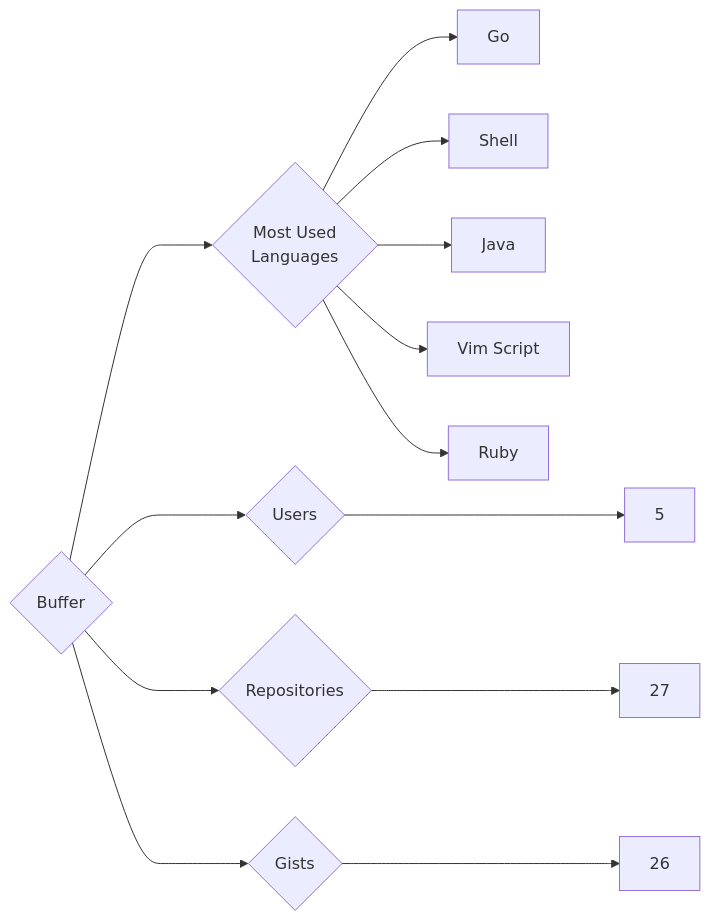
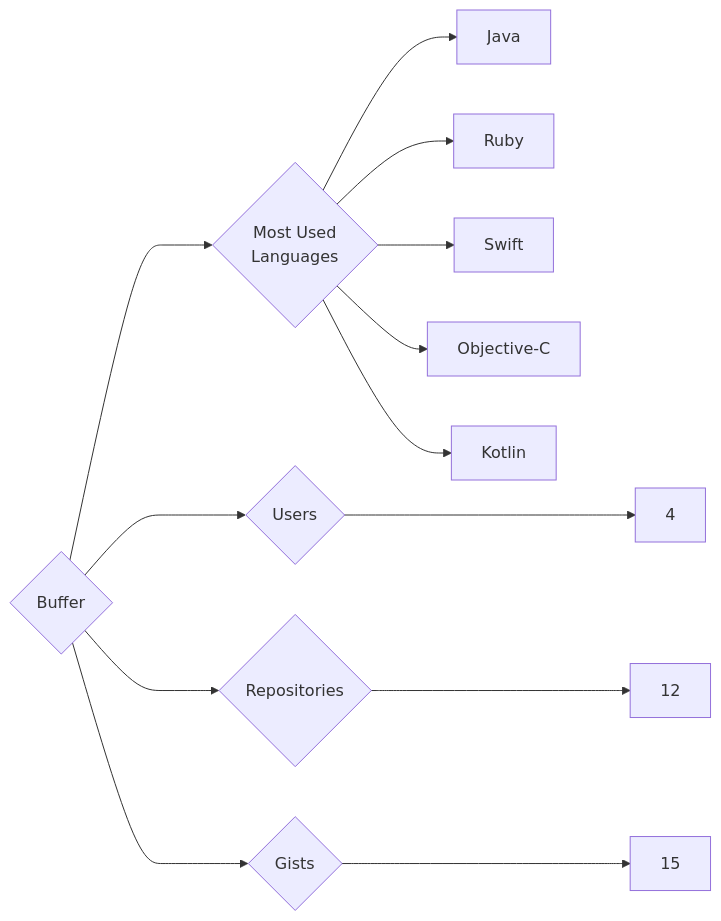
One commit to trickest/insiders changed the diagram in targets/Buffer/README.md. Above: the diagram before and after it, drawn with Mermaid. The commit also changed 1007 other files, not shown here.

````diff
--- a/targets/Buffer/README.md
+++ b/targets/Buffer/README.md
@@ -3,13 +3,13 @@
 ```mermaid
 graph LR
 COMPANY_NAME{Buffer}
-COMPANY_NAME ---> U{Users} ---> UN[5]
-COMPANY_NAME ---> R{Repositories} ---> RN[27]
-COMPANY_NAME ---> G{Gists} ---> GN[26]
+COMPANY_NAME ---> U{Users} ---> UN[4]
+COMPANY_NAME ---> R{Repositories} ---> RN[12]
+COMPANY_NAME ---> G{Gists} ---> GN[15]
 COMPANY_NAME ---> ML{Most Used<br>Languages}
-ML --> Go[Go]
-ML --> Shell[Shell]
 ML --> Java[Java]
-ML --> Vim_Script[Vim Script]
 ML --> Ruby[Ruby]
+ML --> Swift[Swift]
+ML --> Objective-C[Objective-C]
+ML --> Kotlin[Kotlin]
 ```
````
